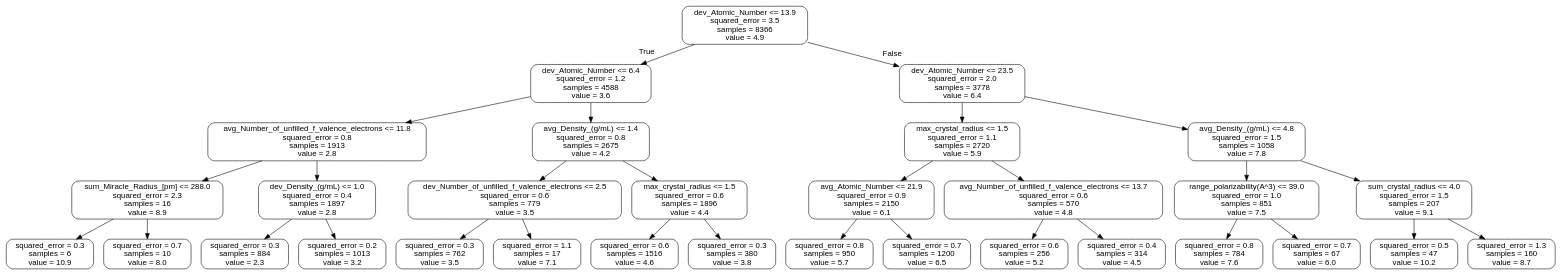
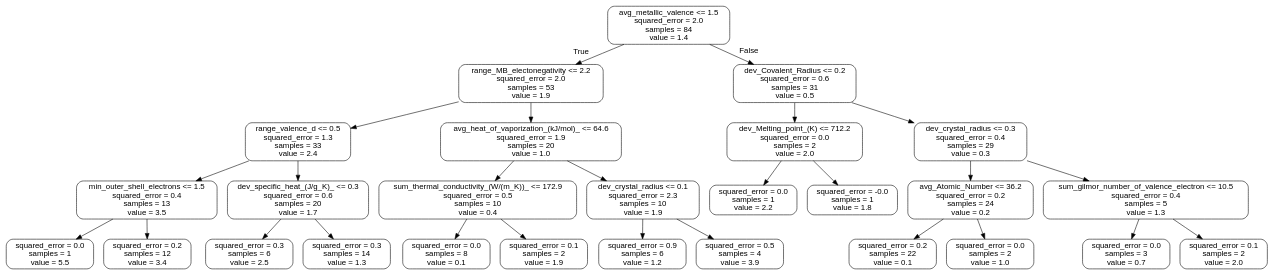
One commit to sp8rks/MaterialsInformatics changed the diagram in worked_examples/random_forest/tree.dot. Above: the diagram before and after it, drawn with Graphviz. The commit also changed 32 other files, not shown here.

```diff
--- a/worked_examples/random_forest/tree.dot
+++ b/worked_examples/random_forest/tree.dot
@@ -1,65 +1,57 @@
 digraph Tree {
 node [shape=box, style="rounded", color="black", fontname="helvetica"] ;
 edge [fontname="helvetica"] ;
-0 [label="dev_Atomic_Number <= 13.9\nsquared_error = 3.5\nsamples = 8366\nvalue = 4.9"] ;
-1 [label="dev_Atomic_Number <= 6.4\nsquared_error = 1.2\nsamples = 4588\nvalue = 3.6"] ;
+0 [label="avg_metallic_valence <= 1.5\nsquared_error = 2.0\nsamples = 84\nvalue = 1.4"] ;
+1 [label="range_MB_electonegativity <= 2.2\nsquared_error = 2.0\nsamples = 53\nvalue = 1.9"] ;
 0 -> 1 [labeldistance=2.5, labelangle=45, headlabel="True"] ;
-2 [label="avg_Number_of_unfilled_f_valence_electrons <= 11.8\nsquared_error = 0.8\nsamples = 1913\nvalue = 2.8"] ;
+2 [label="range_valence_d <= 0.5\nsquared_error = 1.3\nsamples = 33\nvalue = 2.4"] ;
 1 -> 2 ;
-3 [label="sum_Miracle_Radius_[pm] <= 288.0\nsquared_error = 2.3\nsamples = 16\nvalue = 8.9"] ;
+3 [label="min_outer_shell_electrons <= 1.5\nsquared_error = 0.4\nsamples = 13\nvalue = 3.5"] ;
 2 -> 3 ;
-4 [label="squared_error = 0.3\nsamples = 6\nvalue = 10.9"] ;
+4 [label="squared_error = 0.0\nsamples = 1\nvalue = 5.5"] ;
 3 -> 4 ;
-5 [label="squared_error = 0.7\nsamples = 10\nvalue = 8.0"] ;
+5 [label="squared_error = 0.2\nsamples = 12\nvalue = 3.4"] ;
 3 -> 5 ;
-6 [label="dev_Density_(g/mL) <= 1.0\nsquared_error = 0.4\nsamples = 1897\nvalue = 2.8"] ;
+6 [label="dev_specific_heat_(J/g_K)_ <= 0.3\nsquared_error = 0.6\nsamples = 20\nvalue = 1.7"] ;
 2 -> 6 ;
-7 [label="squared_error = 0.3\nsamples = 884\nvalue = 2.3"] ;
+7 [label="squared_error = 0.3\nsamples = 6\nvalue = 2.5"] ;
 6 -> 7 ;
-8 [label="squared_error = 0.2\nsamples = 1013\nvalue = 3.2"] ;
+8 [label="squared_error = 0.3\nsamples = 14\nvalue = 1.3"] ;
 6 -> 8 ;
-9 [label="avg_Density_(g/mL) <= 1.4\nsquared_error = 0.8\nsamples = 2675\nvalue = 4.2"] ;
+9 [label="avg_heat_of_vaporization_(kJ/mol)_ <= 64.6\nsquared_error = 1.9\nsamples = 20\nvalue = 1.0"] ;
 1 -> 9 ;
-10 [label="dev_Number_of_unfilled_f_valence_electrons <= 2.5\nsquared_error = 0.6\nsamples = 779\nvalue = 3.5"] ;
+10 [label="sum_thermal_conductivity_(W/(m_K))_ <= 172.9\nsquared_error = 0.5\nsamples = 10\nvalue = 0.4"] ;
 9 -> 10 ;
-11 [label="squared_error = 0.3\nsamples = 762\nvalue = 3.5"] ;
+11 [label="squared_error = 0.0\nsamples = 8\nvalue = 0.1"] ;
 10 -> 11 ;
-12 [label="squared_error = 1.1\nsamples = 17\nvalue = 7.1"] ;
+12 [label="squared_error = 0.1\nsamples = 2\nvalue = 1.9"] ;
 10 -> 12 ;
-13 [label="max_crystal_radius <= 1.5\nsquared_error = 0.6\nsamples = 1896\nvalue = 4.4"] ;
+13 [label="dev_crystal_radius <= 0.1\nsquared_error = 2.3\nsamples = 10\nvalue = 1.9"] ;
 9 -> 13 ;
-14 [label="squared_error = 0.6\nsamples = 1516\nvalue = 4.6"] ;
+14 [label="squared_error = 0.9\nsamples = 6\nvalue = 1.2"] ;
 13 -> 14 ;
-15 [label="squared_error = 0.3\nsamples = 380\nvalue = 3.8"] ;
+15 [label="squared_error = 0.5\nsamples = 4\nvalue = 3.9"] ;
 13 -> 15 ;
-16 [label="dev_Atomic_Number <= 23.5\nsquared_error = 2.0\nsamples = 3778\nvalue = 6.4"] ;
+16 [label="dev_Covalent_Radius <= 0.2\nsquared_error = 0.6\nsamples = 31\nvalue = 0.5"] ;
 0 -> 16 [labeldistance=2.5, labelangle=-45, headlabel="False"] ;
-17 [label="max_crystal_radius <= 1.5\nsquared_error = 1.1\nsamples = 2720\nvalue = 5.9"] ;
+17 [label="dev_Melting_point_(K) <= 712.2\nsquared_error = 0.0\nsamples = 2\nvalue = 2.0"] ;
 16 -> 17 ;
-18 [label="avg_Atomic_Number <= 21.9\nsquared_error = 0.9\nsamples = 2150\nvalue = 6.1"] ;
+18 [label="squared_error = 0.0\nsamples = 1\nvalue = 2.2"] ;
 17 -> 18 ;
-19 [label="squared_error = 0.8\nsamples = 950\nvalue = 5.7"] ;
-18 -> 19 ;
-20 [label="squared_error = 0.7\nsamples = 1200\nvalue = 6.5"] ;
-18 -> 20 ;
-21 [label="avg_Number_of_unfilled_f_valence_electrons <= 13.7\nsquared_error = 0.6\nsamples = 570\nvalue = 4.8"] ;
-17 -> 21 ;
-22 [label="squared_error = 0.6\nsamples = 256\nvalue = 5.2"] ;
+19 [label="squared_error = -0.0\nsamples = 1\nvalue = 1.8"] ;
+17 -> 19 ;
+20 [label="dev_crystal_radius <= 0.3\nsquared_error = 0.4\nsamples = 29\nvalue = 0.3"] ;
+16 -> 20 ;
+21 [label="avg_Atomic_Number <= 36.2\nsquared_error = 0.2\nsamples = 24\nvalue = 0.2"] ;
+20 -> 21 ;
+22 [label="squared_error = 0.2\nsamples = 22\nvalue = 0.1"] ;
 21 -> 22 ;
-23 [label="squared_error = 0.4\nsamples = 314\nvalue = 4.5"] ;
+23 [label="squared_error = 0.0\nsamples = 2\nvalue = 1.0"] ;
 21 -> 23 ;
-24 [label="avg_Density_(g/mL) <= 4.8\nsquared_error = 1.5\nsamples = 1058\nvalue = 7.8"] ;
-16 -> 24 ;
-25 [label="range_polarizability(A^3) <= 39.0\nsquared_error = 1.0\nsamples = 851\nvalue = 7.5"] ;
+24 [label="sum_gilmor_number_of_valence_electron <= 10.5\nsquared_error = 0.4\nsamples = 5\nvalue = 1.3"] ;
+20 -> 24 ;
+25 [label="squared_error = 0.0\nsamples = 3\nvalue = 0.7"] ;
 24 -> 25 ;
-26 [label="squared_error = 0.8\nsamples = 784\nvalue = 7.6"] ;
-25 -> 26 ;
-27 [label="squared_error = 0.7\nsamples = 67\nvalue = 6.0"] ;
-25 -> 27 ;
-28 [label="sum_crystal_radius <= 4.0\nsquared_error = 1.5\nsamples = 207\nvalue = 9.1"] ;
-24 -> 28 ;
-29 [label="squared_error = 0.5\nsamples = 47\nvalue = 10.2"] ;
-28 -> 29 ;
-30 [label="squared_error = 1.3\nsamples = 160\nvalue = 8.7"] ;
-28 -> 30 ;
+26 [label="squared_error = 0.1\nsamples = 2\nvalue = 2.0"] ;
+24 -> 26 ;
 }
```
